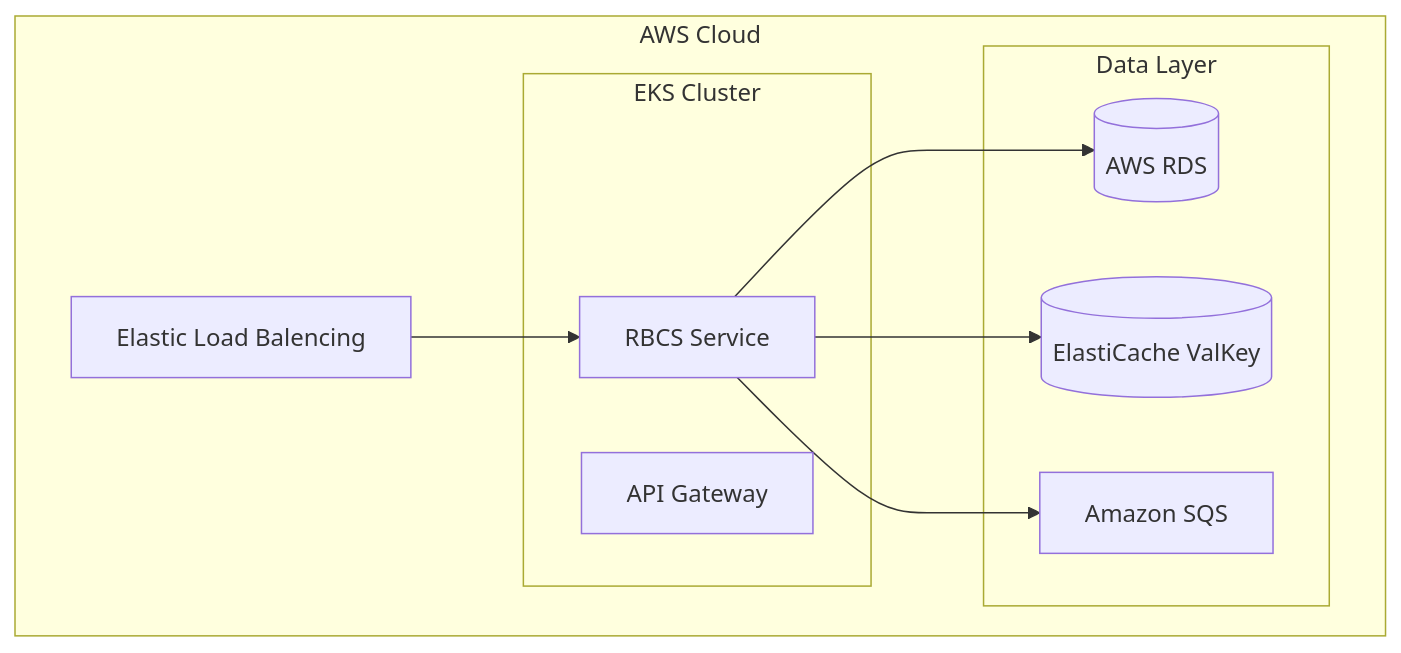
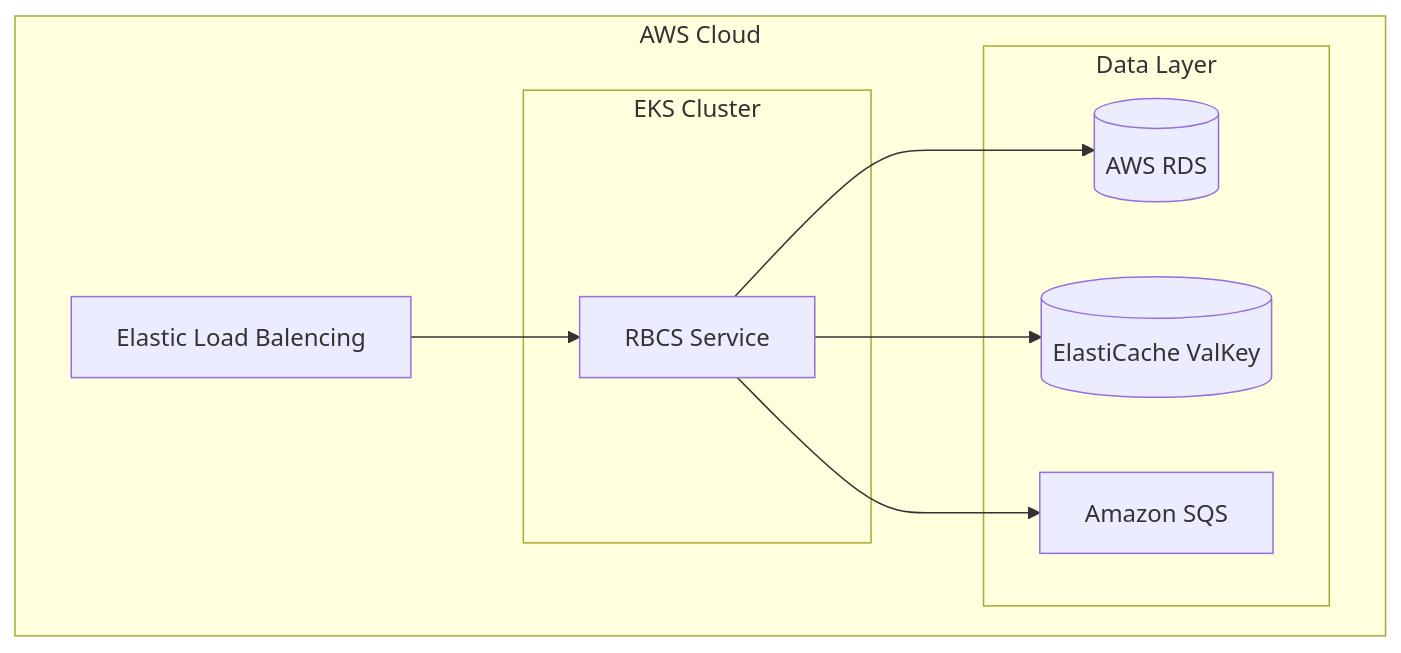
Before and after one commit to luhui/rbcs: the diagram in README.md, drawn with Mermaid.

Commit message:
[doc]fix mermaid

````diff
--- a/README.md
+++ b/README.md
@@ -84,24 +84,23 @@
 ```mermaid
 graph TB
     subgraph AWS Cloud
 		    ELB[Elastic Load Balencing]
         subgraph EKS Cluster
-            API[API Gateway]
             TS[RBCS Service]
         end
 
         subgraph Data Layer
             RDS[(AWS RDS)]
             EC[(ElastiCache ValKey)]
             SQS[Amazon SQS]
         end
     end
     
     ELB --> TS
 
     TS --> RDS
 
     TS --> EC
 
     TS --> SQS
 ```
````
